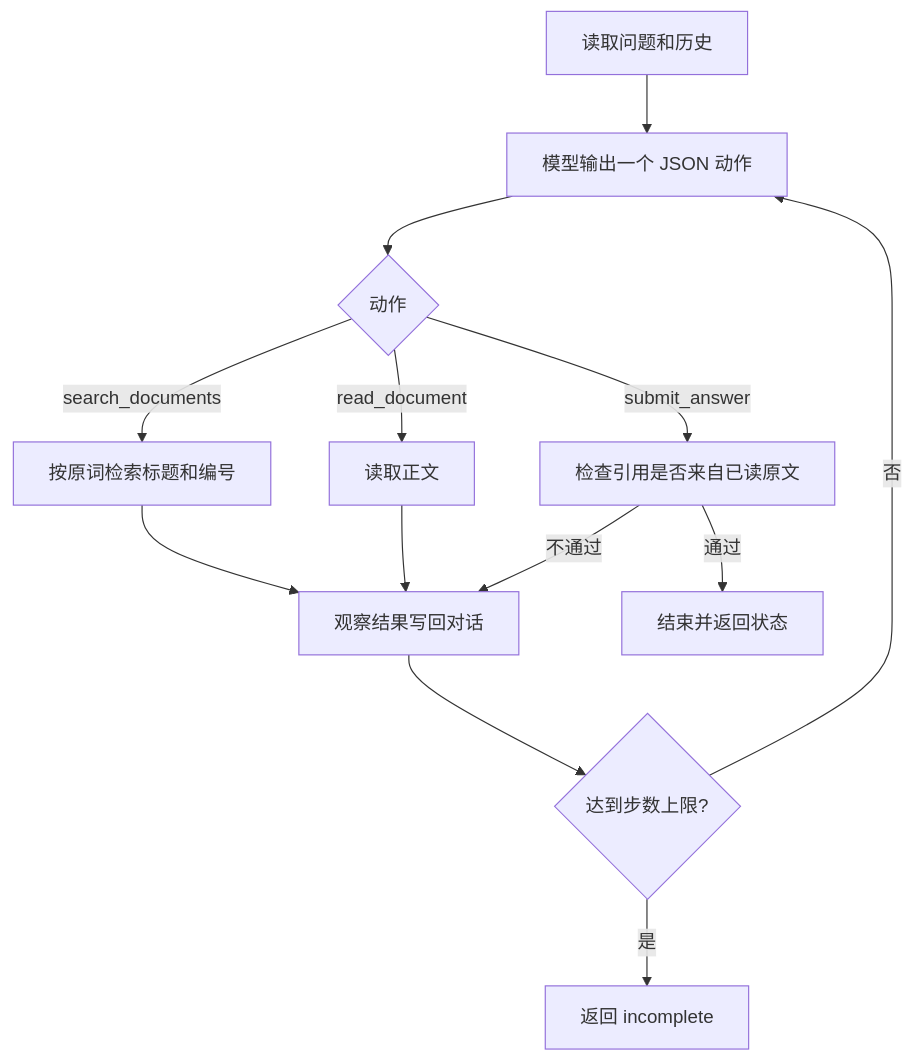
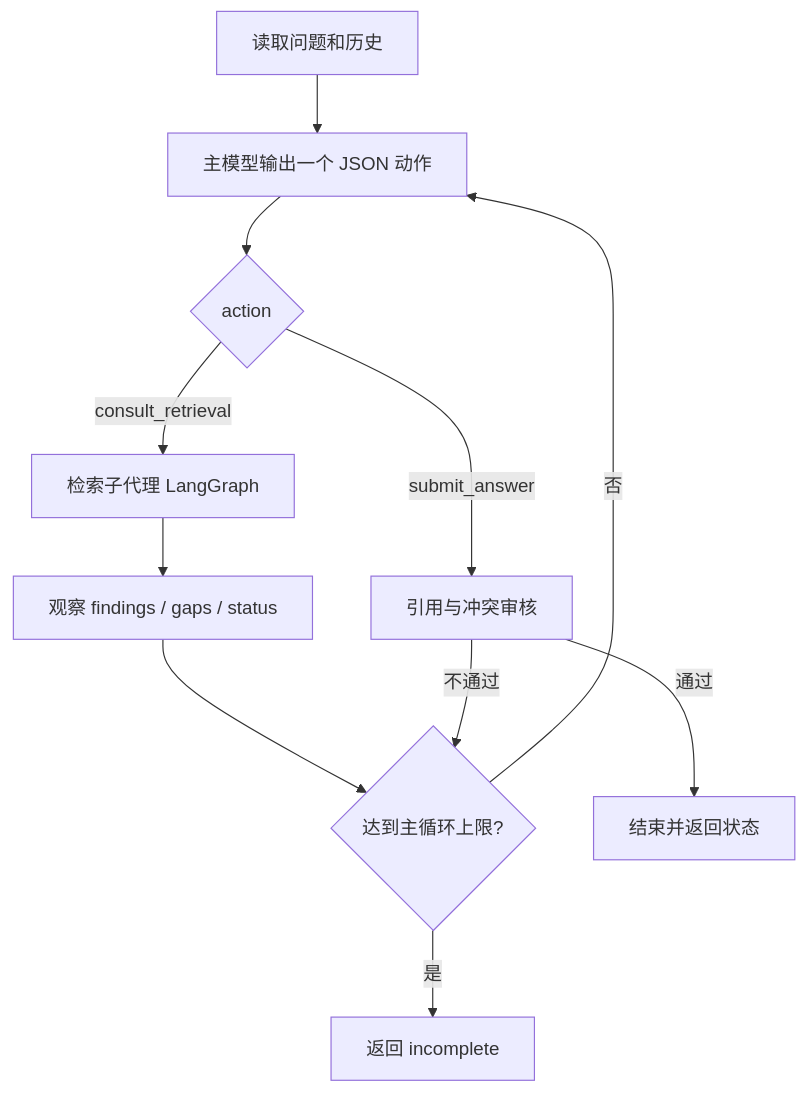
Before and after one commit to wooden1234/enterprise-qa-agent: the first of 2 diagrams in docs/02-solution.md, drawn with Mermaid. The commit also changed other lines of this file and 6 other files, not shown here.

````diff
--- a/docs/02-solution.md
+++ b/docs/02-solution.md
@@ -3,15 +7,13 @@
 ```mermaid
 flowchart TD
-  A[读取问题和历史] --> B[模型输出一个 JSON 动作]
-  B --> C{动作}
-  C -->|search_documents| D[按原词检索标题和编号]
-  C -->|read_document| E[读取正文]
-  C -->|submit_answer| F[检查引用是否来自已读原文]
-  D --> G[观察结果写回对话]
-  E --> G
-  F -->|不通过| G
-  F -->|通过| H[结束并返回状态]
-  G --> I{达到步数上限?}
-  I -->|否| B
-  I -->|是| J[返回 incomplete]
+  A[读取问题和历史] --> B[主模型输出一个 JSON 动作]
+  B --> C{action}
+  C -->|consult_retrieval| D[检索子代理 LangGraph]
+  C -->|submit_answer| E[引用与冲突审核]
+  D --> F[观察 findings / gaps / status]
+  F --> G{达到主循环上限?}
+  E -->|不通过| G
+  E -->|通过| H[结束并返回状态]
+  G -->|否| B
+  G -->|是| I[返回 incomplete]
 ```
````
